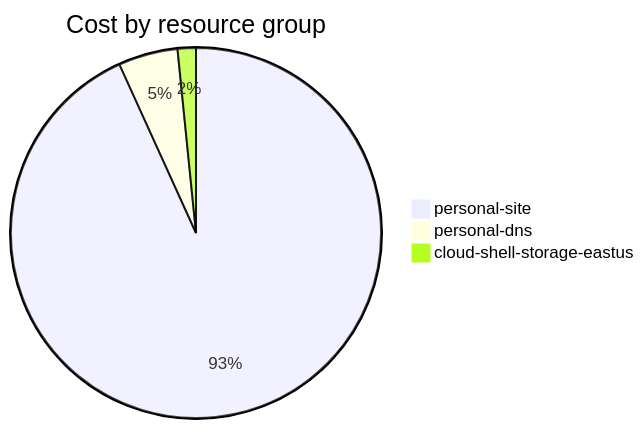
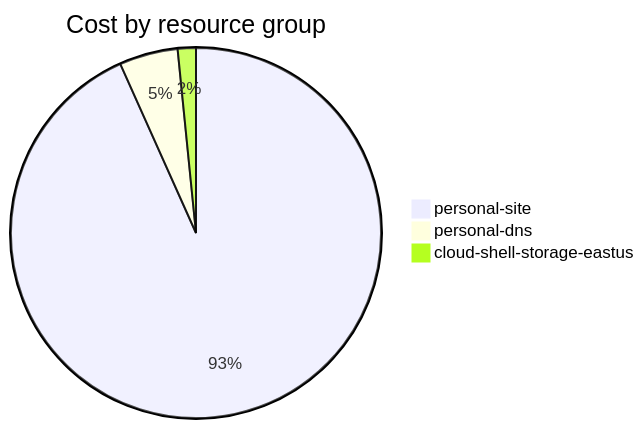
Before and after one commit to jpfulton/azure-personal-reports: the fourth of 4 diagrams in cost-reports/accumulated-cost.md, drawn with Mermaid. The commit also changed other lines of this file and 4 other files, not shown here.

````diff
--- a/cost-reports/accumulated-cost.md
+++ b/cost-reports/accumulated-cost.md
@@ -143,7 +143,7 @@
 ```mermaid
 pie
    title Cost by resource group
-   "personal-site" : 4.67
-   "personal-dns" : 0.26
-   "cloud-shell-storage-eastus" : 0.08
+   "personal-site" : 5.29
+   "personal-dns" : 0.29
+   "cloud-shell-storage-eastus" : 0.09
 ```
````
